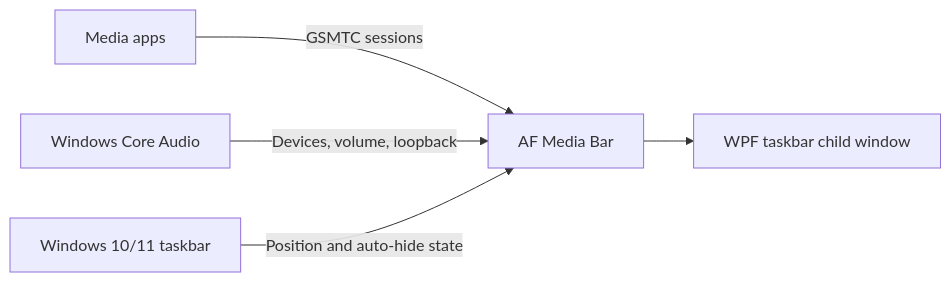
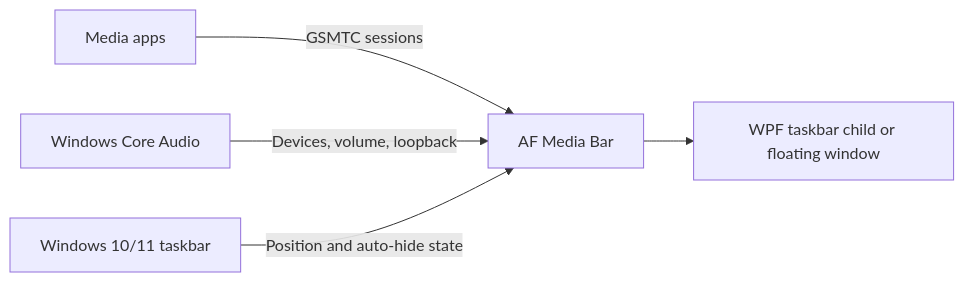
One commit to Fervent-Tempo/AF-Media-Bar changed the diagram in README.en-US.md. Above: the diagram before and after it, drawn with Mermaid. The commit also changed other lines of this file and 8 other files, not shown here.

````diff
--- a/README.en-US.md
+++ b/README.en-US.md
@@ -76,7 +78,7 @@
 ```mermaid
 flowchart LR
     A[Media apps] -->|GSMTC sessions| B[AF Media Bar]
     C[Windows Core Audio] -->|Devices, volume, loopback| B
     D[Windows 10/11 taskbar] -->|Position and auto-hide state| B
-    B --> E[WPF taskbar child window]
+    B --> E[WPF taskbar child or floating window]
 ```
````
